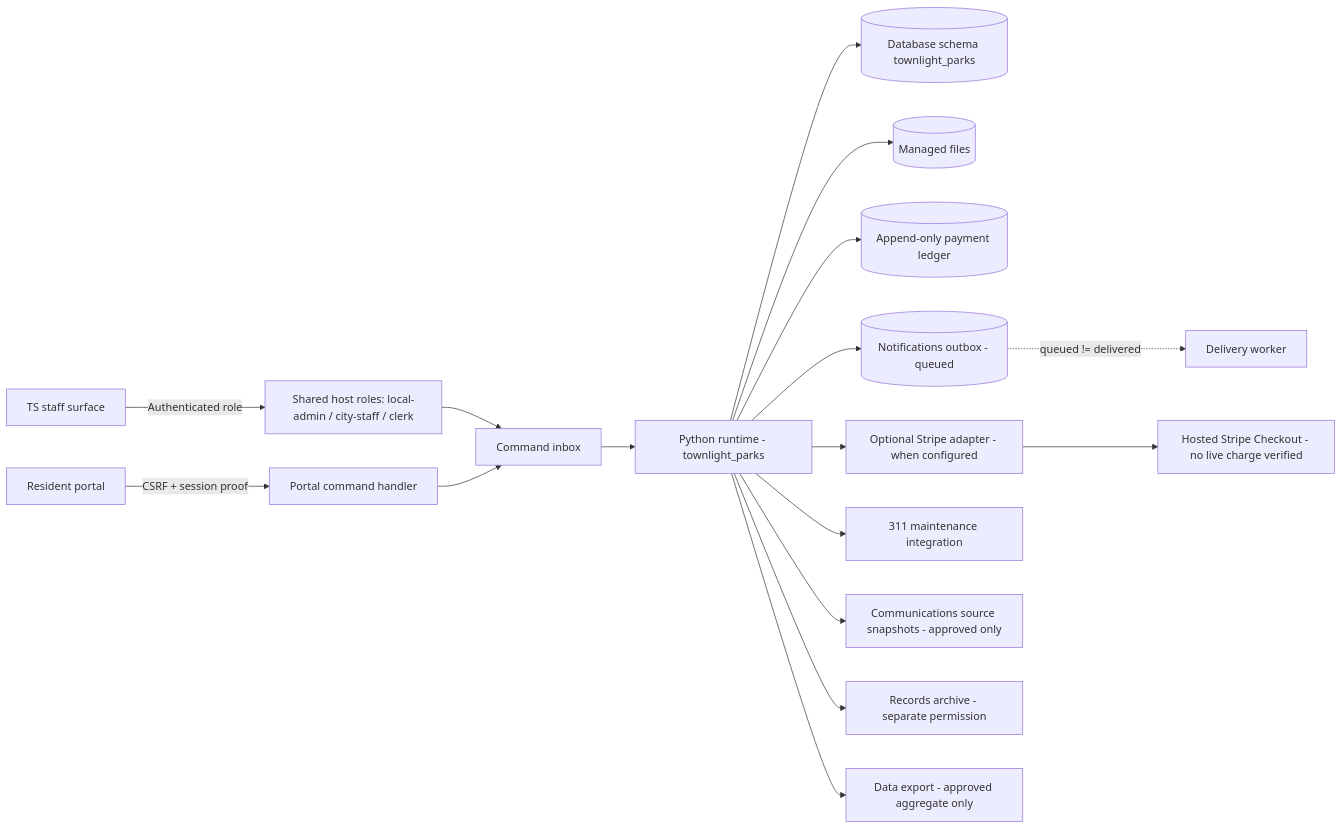
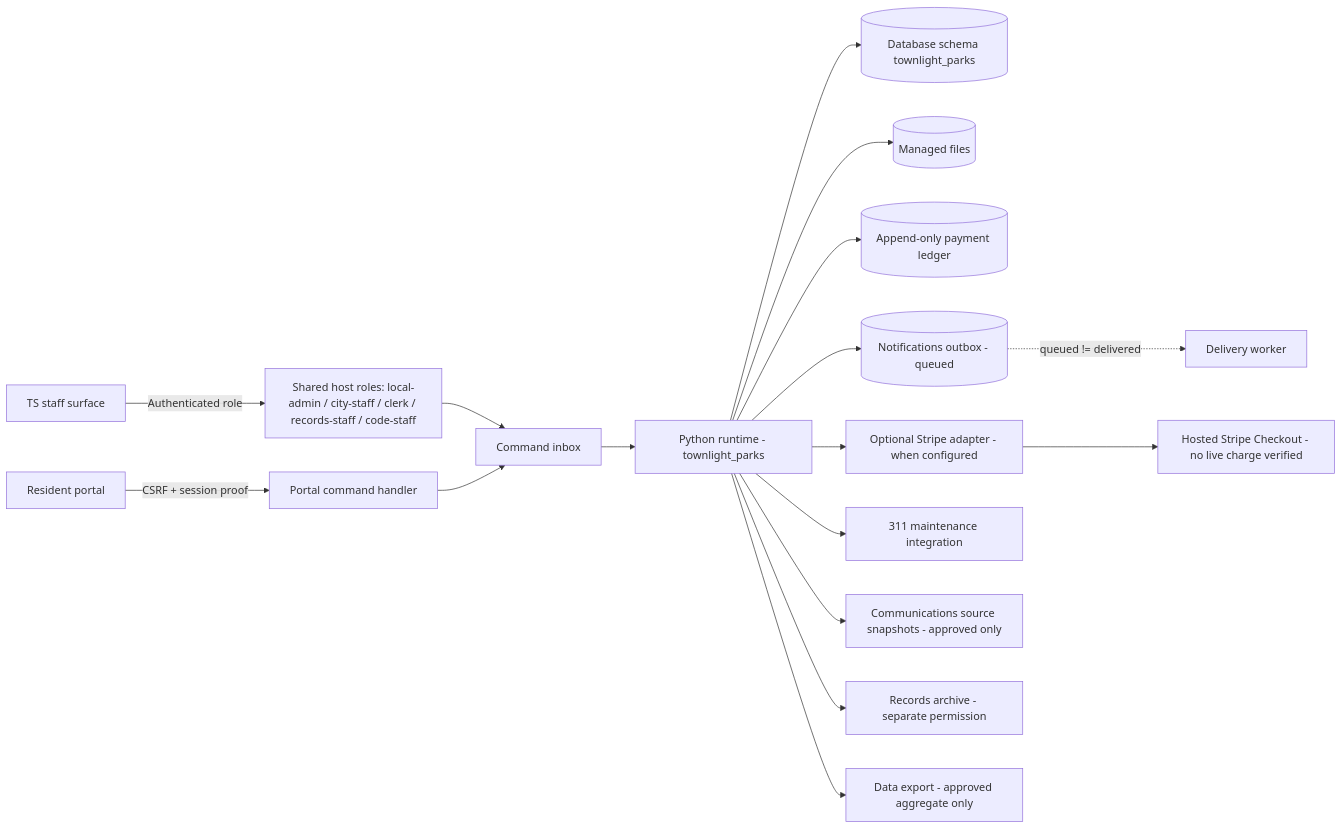
One commit to townlight/parks changed the first of 2 diagrams in USER-MANUAL.md. Above: the diagram before and after it, drawn with Mermaid. The commit also changed other lines of this file and 2 other files, not shown here.

Commit message:
docs: describe Parks candidate and correct staff roles (#10)

````diff
--- a/USER-MANUAL.md
+++ b/USER-MANUAL.md
@@ -53,19 +55,19 @@
 ```mermaid
 flowchart LR
   Resident[Resident portal] -->|CSRF + session proof| Portal[Portal command handler]
-  Staff[TS staff surface] -->|Authenticated role| Host[Shared host roles: local-admin / city-staff / clerk]
+  Staff[TS staff surface] -->|Authenticated role| Host[Shared host roles: local-admin / city-staff / clerk / records-staff / code-staff]
   Host --> Inbox[Command inbox]
   Portal --> Inbox
   Inbox --> Runtime[Python runtime - townlight_parks]
   Runtime --> DB[(Database schema townlight_parks)]
   Runtime --> Files[(Managed files)]
   Runtime --> Ledger[(Append-only payment ledger)]
   Runtime --> Outbox[(Notifications outbox - queued)]
   Outbox -.queued != delivered.-> Delivery[Delivery worker]
   Runtime --> Stripe[Optional Stripe adapter - when configured]
   Stripe --> Provider[Hosted Stripe Checkout - no live charge verified]
   Runtime --> Maint[311 maintenance integration]
   Runtime --> Comms[Communications source snapshots - approved only]
   Runtime --> Records[Records archive - separate permission]
   Runtime --> Data[Data export - approved aggregate only]
 ```
````
